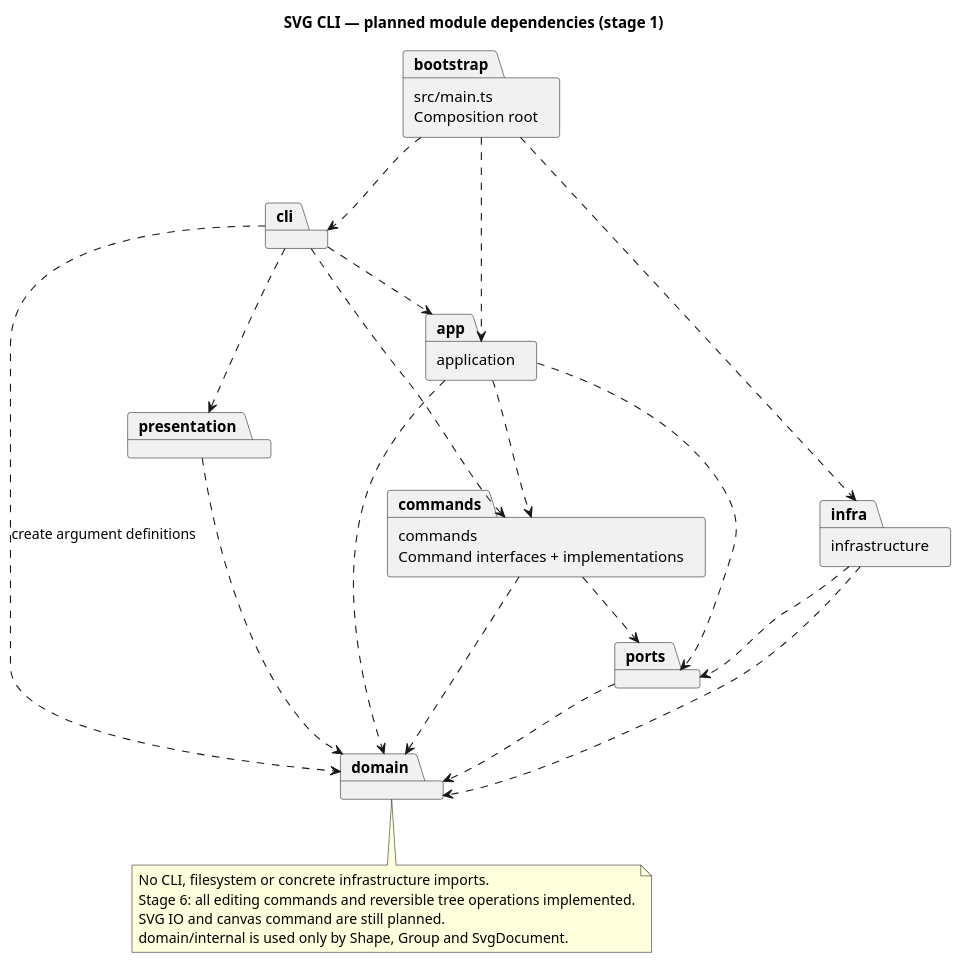
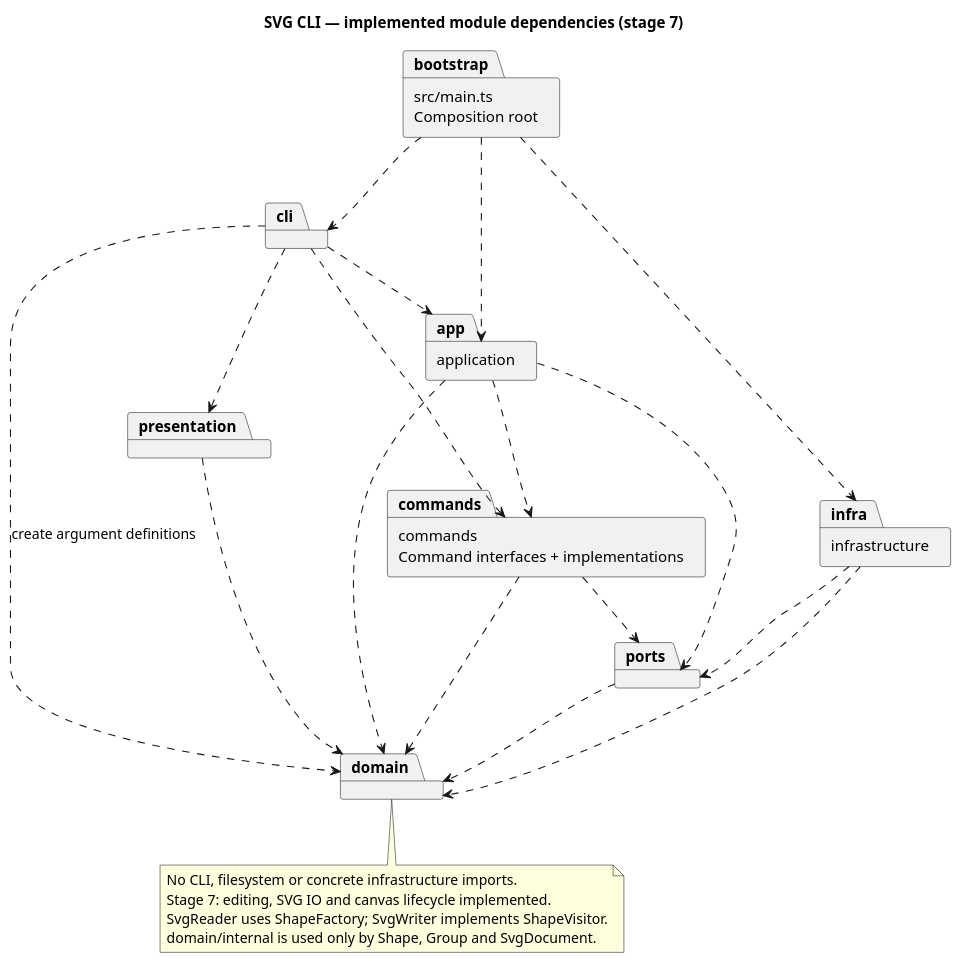
The diagram in doc/architecture.puml (Liusizhuozhuo/svg-editor-lab1), drawn with PlantUML before and after one commit. The commit also changed 30 other files, not shown here.

Commit message:
feat: implement SVG persistence and document lifecycle

```diff
--- a/doc/architecture.puml
+++ b/doc/architecture.puml
@@ -1,35 +1,35 @@
 @startuml
-title SVG CLI — planned module dependencies (stage 1)
+title SVG CLI — implemented module dependencies (stage 7)
 skinparam componentStyle rectangle
 package "src/main.ts\nComposition root" as bootstrap
 package "cli" as cli
 package "application" as app
 package "commands\nCommand interfaces + implementations" as commands
 package "domain" as domain
 package "ports" as ports
 package "infrastructure" as infra
 package "presentation" as presentation
 
 bootstrap ..> cli
 bootstrap ..> app
 bootstrap ..> infra
 cli ..> app
 cli ..> commands
 cli ..> presentation
 cli ..> domain : create argument definitions
 app ..> commands
 app ..> domain
 app ..> ports
 commands ..> domain
 commands ..> ports
 presentation ..> domain
 infra ..> ports
 infra ..> domain
 ports ..> domain
 note bottom of domain
 No CLI, filesystem or concrete infrastructure imports.
-Stage 6: all editing commands and reversible tree operations implemented.
-SVG IO and canvas command are still planned.
+Stage 7: editing, SVG IO and canvas lifecycle implemented.
+SvgReader uses ShapeFactory; SvgWriter implements ShapeVisitor.
 domain/internal is used only by Shape, Group and SvgDocument.
 end note
 @enduml
```
